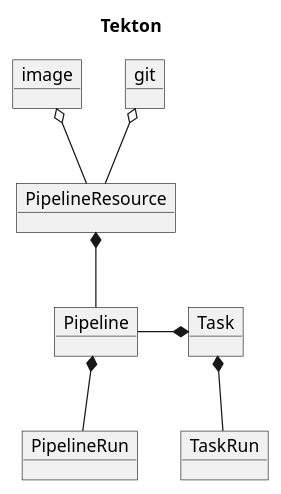
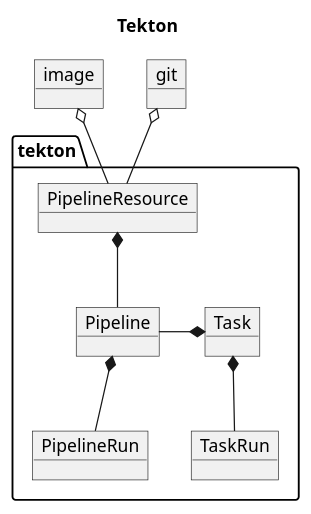
One commit to kloudbank/htdp1.github.io changed the eighth of 10 diagrams in docs/src/multi-cloud/diagram.md. Above: the diagram before and after it, drawn with PlantUML. The commit also changed other lines of this file, not shown here.

Commit message:
modify diagram

```diff
--- a/docs/src/multi-cloud/diagram.md
+++ b/docs/src/multi-cloud/diagram.md
@@ -406,23 +367,25 @@
 @startuml
 
 scale 1
 skinparam ParticipantPadding 5
 skinparam BoxPadding 5
 title "Tekton"
 
 object git
 object image
-object Pipeline
-object PipelineRun
-object PipelineResource
-object Task
-object TaskRun
+package tekton {
+    object Pipeline
+    object PipelineRun
+    object PipelineResource
+    object Task
+    object TaskRun
+}
 
 PipelineResource -u-o git
 PipelineResource -u-o image
 Pipeline -u-* PipelineResource
 Pipeline -r-* Task
 PipelineRun -u-* Pipeline
 TaskRun -u-* Task
 
 @enduml
```
